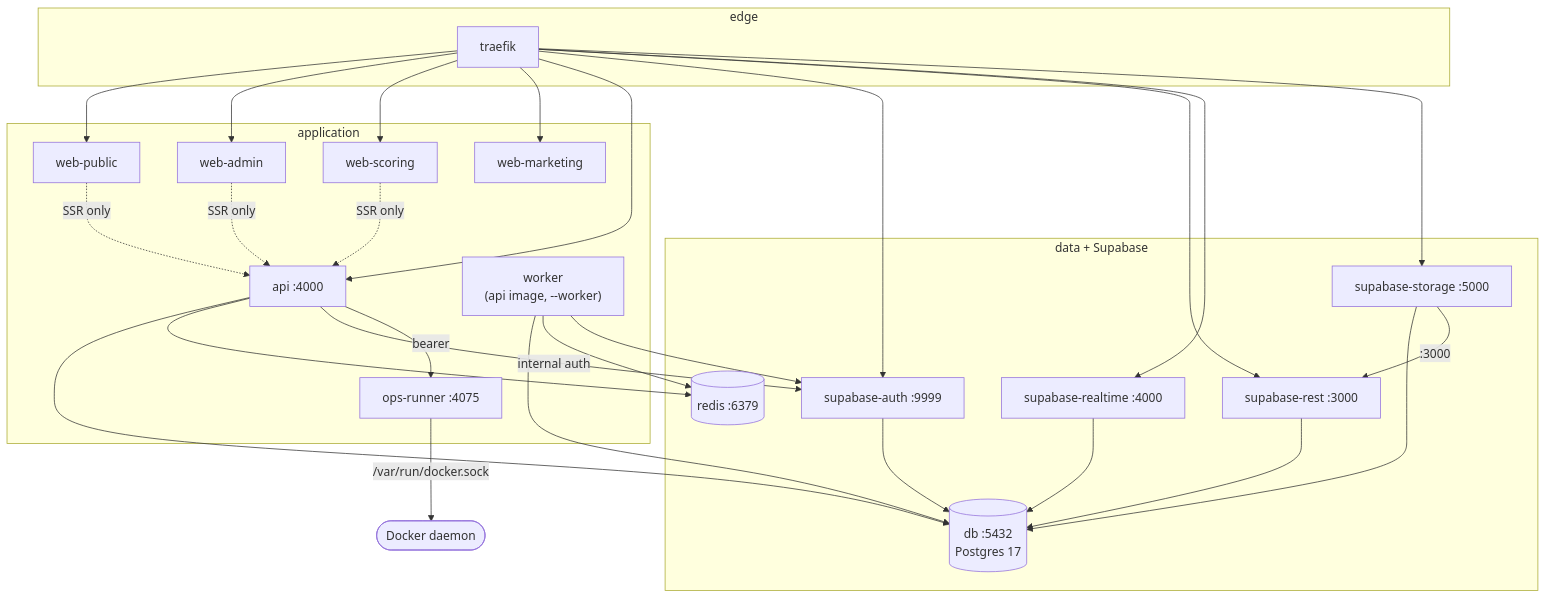
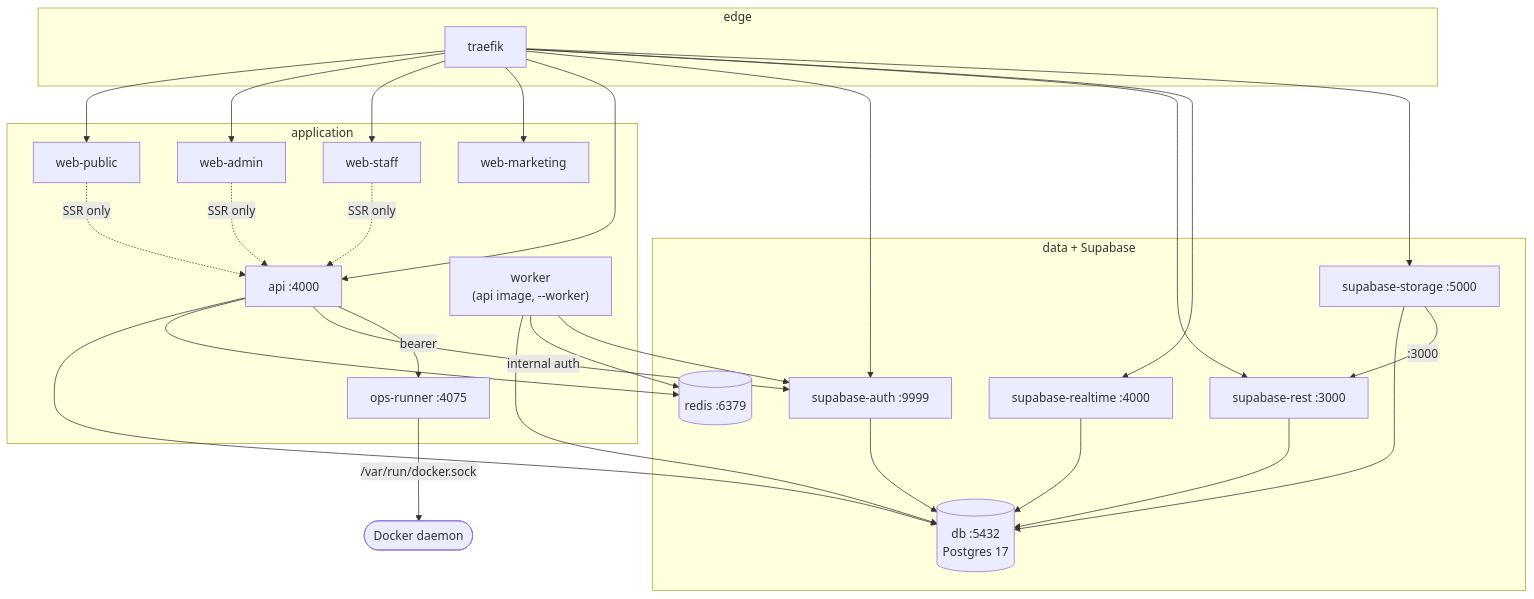
Diagram 14 of 15 in docs/ARCHITECTURE.md (GrosTony6970/MyClash), drawn with Mermaid before and after one commit. The commit also changed other lines of this file and 192 other files, not shown here.

First line of the commit message:
refactor(staff): rename the scoring PWA to the staff app

````diff
--- a/docs/ARCHITECTURE.md
+++ b/docs/ARCHITECTURE.md
@@ -2510,47 +2510,47 @@
 ```mermaid
 flowchart TD
   subgraph EDGE["edge"]
     TR["traefik"]
   end
 
   subgraph APP["application"]
     PUB["web-public"]
     ADM["web-admin"]
-    SCO["web-scoring"]
+    SCO["web-staff"]
     MKT["web-marketing"]
     API["api :4000"]
     WRK["worker<br/>(api image, --worker)"]
     OPS["ops-runner :4075"]
   end
 
   subgraph DATA["data + Supabase"]
     DB[("db :5432<br/>Postgres 17")]
     RDS[("redis :6379")]
     AUTH["supabase-auth :9999"]
     REST["supabase-rest :3000"]
     RT["supabase-realtime :4000"]
     STOR["supabase-storage :5000"]
   end
 
   TR --> PUB & ADM & SCO & MKT & API & AUTH & REST & RT & STOR
 
   PUB -.->|"SSR only"| API
   ADM -.->|"SSR only"| API
   SCO -.->|"SSR only"| API
 
   API --> DB
   API --> RDS
   API -->|"internal auth"| AUTH
   API -->|"bearer"| OPS
   WRK --> DB
   WRK --> RDS
   WRK --> AUTH
 
   AUTH --> DB
   REST --> DB
   RT --> DB
   STOR --> DB
   STOR -->|":3000"| REST
 
   OPS -->|"/var/run/docker.sock"| HOST(["Docker daemon"])
 ```
````
